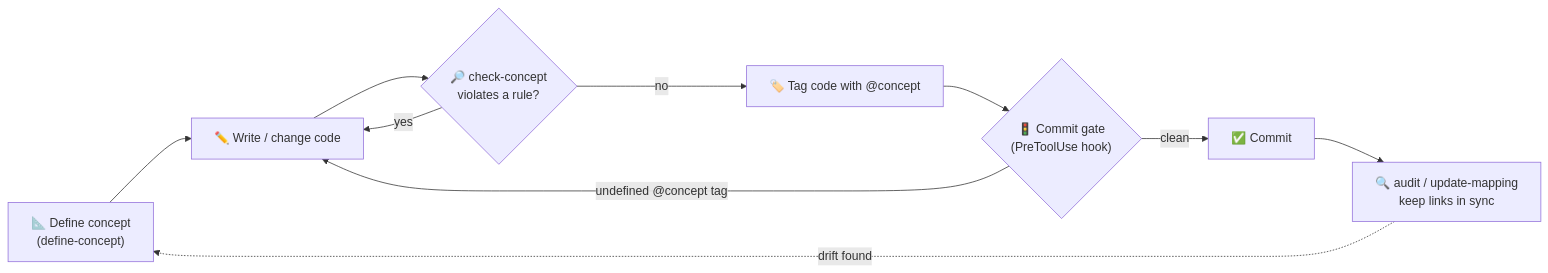
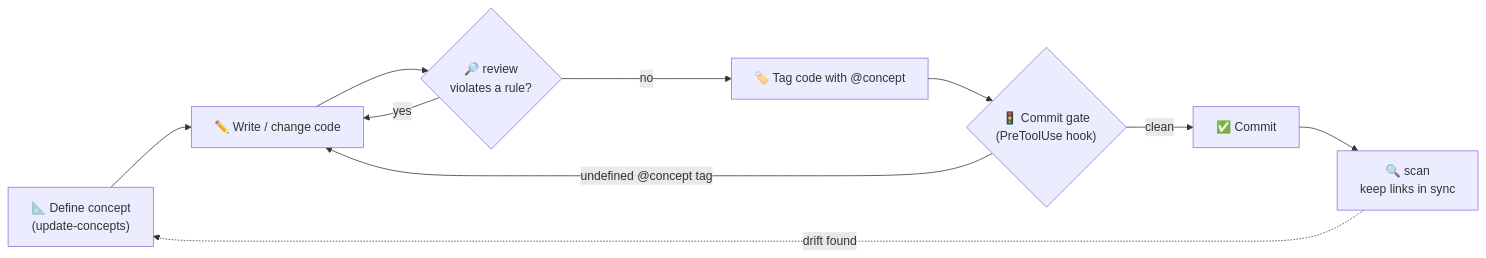
The diagram in README.md (hinyc/Conceptpowers), drawn with Mermaid before and after one commit. The commit also changed other lines of this file and 60 other files, not shown here.

First line of the commit message:
refactor(skills): 스킬 11개 → 5개로 재정의 (init / auto / scan / review / update-concepts)

````diff
--- a/README.md
+++ b/README.md
@@ -126,12 +126,12 @@
 ```mermaid
 flowchart LR
-    A["📐 Define concept<br/>(define-concept)"] --> B["✏️ Write / change code"]
-    B --> C{"🔎 check-concept<br/>violates a rule?"}
+    A["📐 Define concept<br/>(update-concepts)"] --> B["✏️ Write / change code"]
+    B --> C{"🔎 review<br/>violates a rule?"}
     C -- "yes" --> B
     C -- "no" --> D["🏷️ Tag code with @concept"]
     D --> E{"🚦 Commit gate<br/>(PreToolUse hook)"}
     E -- "undefined @concept tag" --> B
     E -- "clean" --> F["✅ Commit"]
-    F --> G["🔍 audit / update-mapping<br/>keep links in sync"]
+    F --> G["🔍 scan<br/>keep links in sync"]
     G -. "drift found" .-> A
 ```
````
